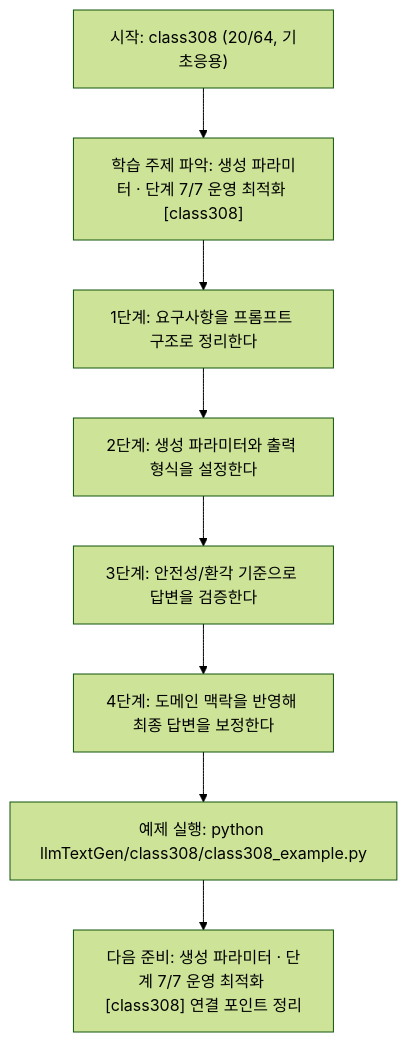
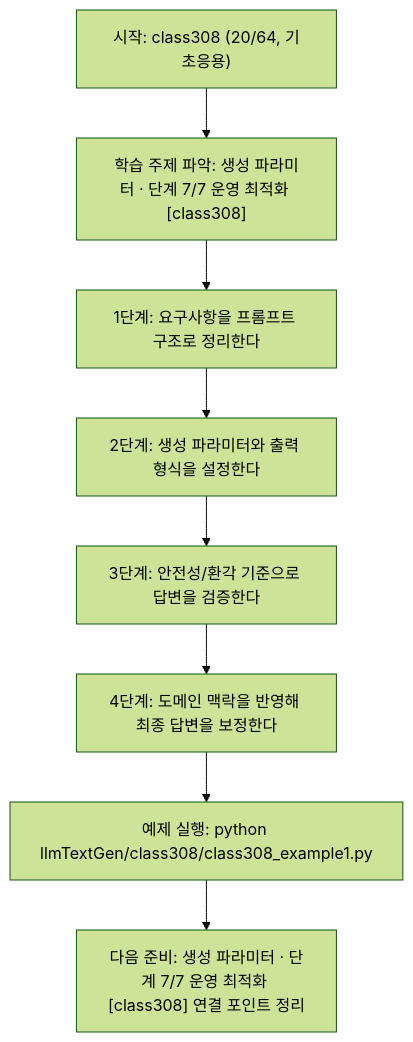
One commit to edumgt/Python-AI_Agent-Class changed the diagram in llmTextGen/class308/class308.md. Above: the diagram before and after it, drawn with Mermaid (forest theme). The commit also changed other lines of this file and 2959 other files, not shown here.

````diff
--- a/llmTextGen/class308/class308.md
+++ b/llmTextGen/class308/class308.md
@@ -113,18 +113,18 @@
 ```mermaid
 flowchart TD
 N1["시작: class308 (20/64, 기초응용)"]
 N2["학습 주제 파악: 생성 파라미터 · 단계 7/7 운영 최적화 [class308]"]
 N3["1단계: 요구사항을 프롬프트 구조로 정리한다"]
 N4["2단계: 생성 파라미터와 출력 형식을 설정한다"]
 N5["3단계: 안전성/환각 기준으로 답변을 검증한다"]
 N6["4단계: 도메인 맥락을 반영해 최종 답변을 보정한다"]
-N7["예제 실행: python llmTextGen/class308/class308_example.py"]
+N7["예제 실행: python llmTextGen/class308/class308_example1.py"]
 N8["다음 준비: 생성 파라미터 · 단계 7/7 운영 최적화 [class308] 연결 포인트 정리"]
 N1 --> N2
 N2 --> N3
 N3 --> N4
 N4 --> N5
 N5 --> N6
 N6 --> N7
 N7 --> N8
 ```
````
